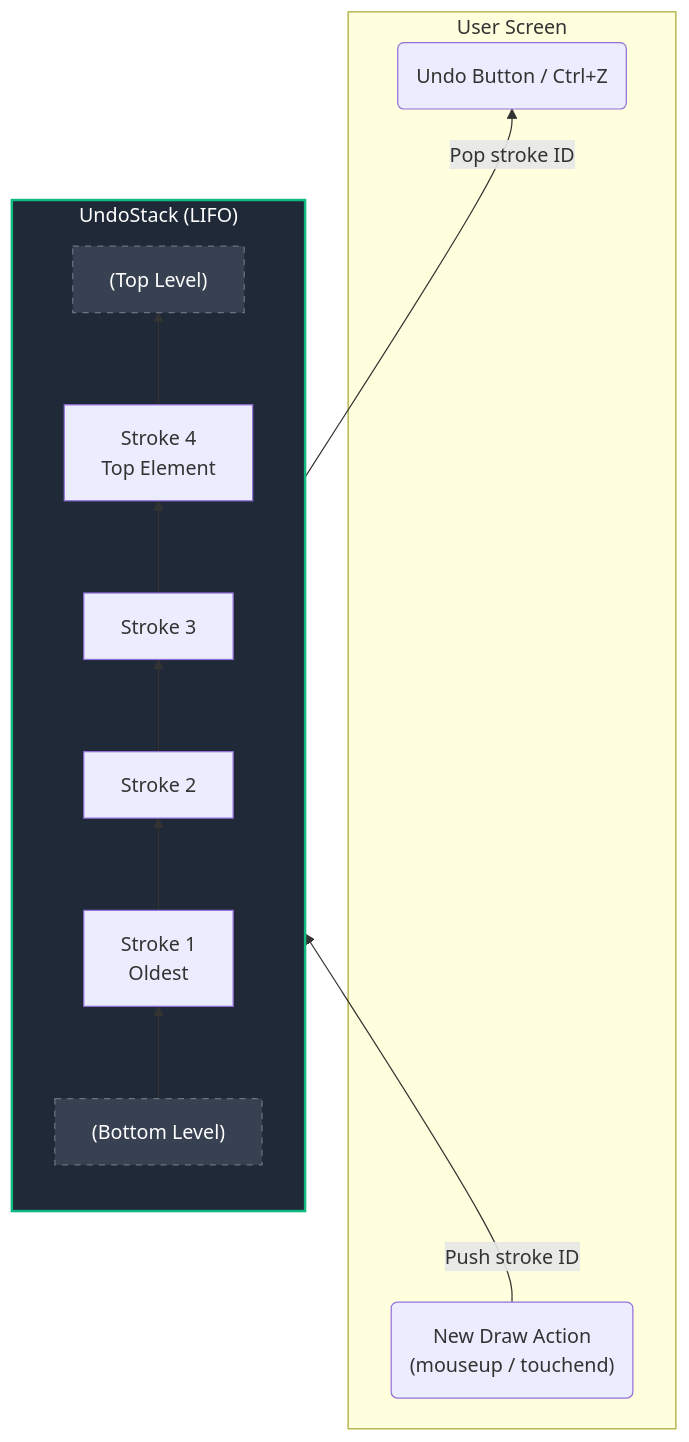
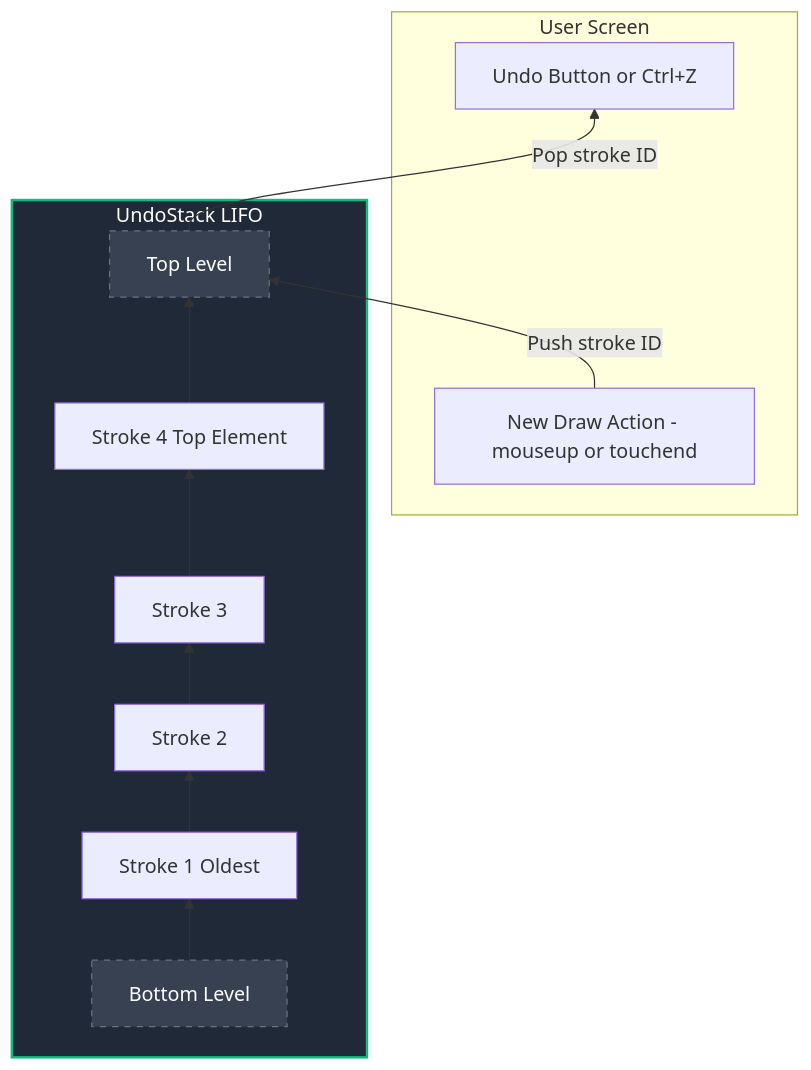
The second of 2 diagrams in docs/data_structures_design.md (prem22k/Online-Collaborative-Whiteboard), drawn with Mermaid before and after one commit. The commit also changed other lines of this file, not shown here.

First line of the commit message:
fix(docs): resolve Mermaid parse errors in both diagrams

````diff
--- a/docs/data_structures_design.md
+++ b/docs/data_structures_design.md
@@ -75,23 +74,22 @@
 ```mermaid
 graph BT
-    subgraph ClientCanvas ["User Screen"]
-        DrawAction("New Draw Action<br/>(mouseup / touchend)")
-        UndoAction("Undo Button / Ctrl+Z")
+    subgraph ClientCanvas [User Screen]
+        DrawAction[New Draw Action - mouseup or touchend]
+        UndoAction[Undo Button or Ctrl+Z]
     end
 
-    subgraph UndoStack ["UndoStack (LIFO)"]
-        direction BT
-        Bottom["(Bottom Level)"] --> S1[Stroke 1<br/>Oldest]
+    subgraph UndoStack [UndoStack LIFO]
+        Bottom[Bottom Level] --> S1[Stroke 1 Oldest]
         S1 --> S2[Stroke 2]
         S2 --> S3[Stroke 3]
-        S3 --> S4[Stroke 4<br/>Top Element]
-        S4 --> Top["(Top Level)"]
+        S3 --> S4[Stroke 4 Top Element]
+        S4 --> Top[Top Level]
     end
 
     DrawAction -->|Push stroke ID| Top
     Top -->|Pop stroke ID| UndoAction
 
     style UndoStack fill:#1f2937,stroke:#10b981,stroke-width:2px,color:#fff
     style Bottom fill:#374151,stroke:#6b7280,color:#fff,stroke-dasharray: 5 5
     style Top fill:#374151,stroke:#6b7280,color:#fff,stroke-dasharray: 5 5
 ```
````
